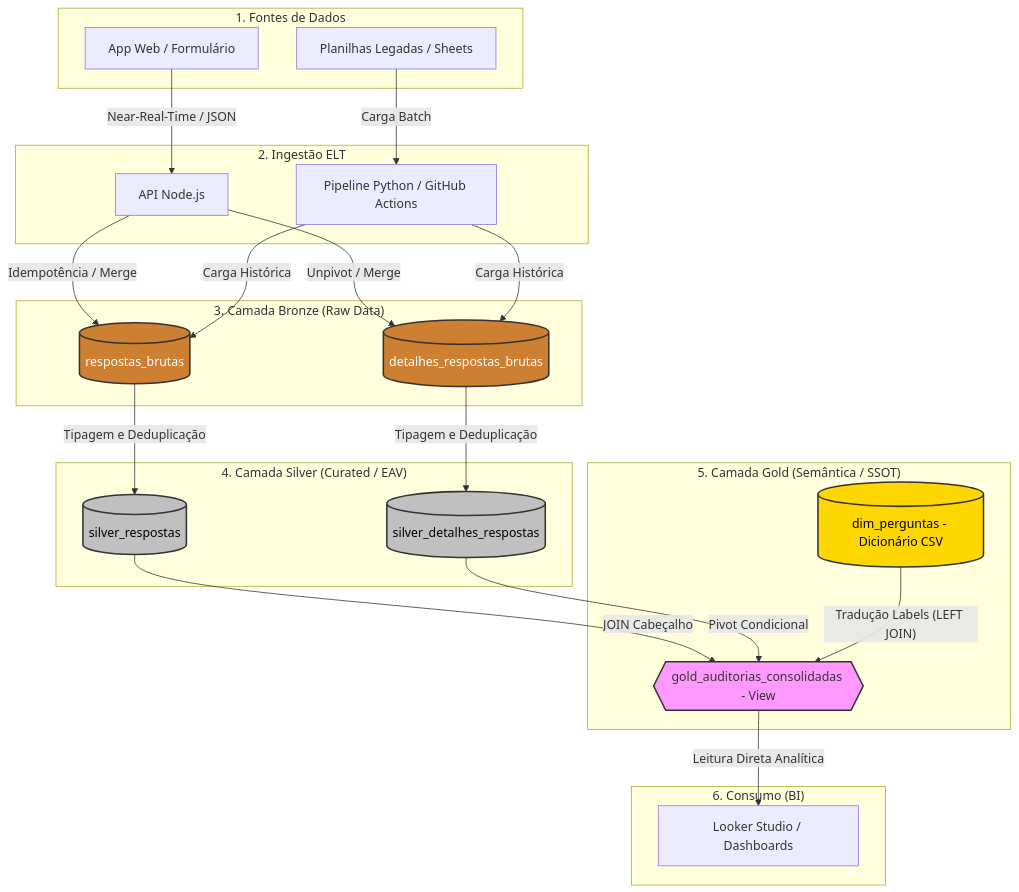
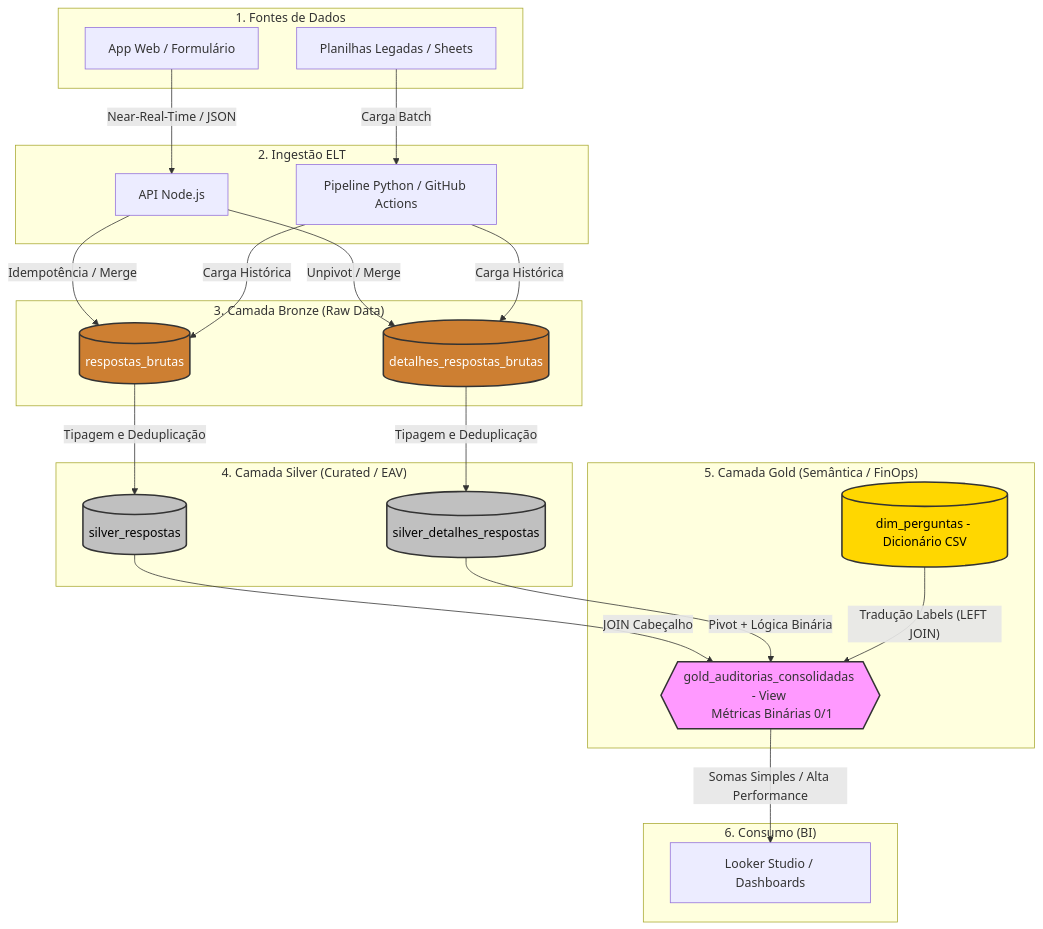
Before and after one commit to qualidadehsr-rgb/auditoria-de-prontuarios: the diagram in README.md, drawn with Mermaid. The commit also changed other lines of this file and 5 other files, not shown here.

````diff
--- a/README.md
+++ b/README.md
@@ -16,60 +16,60 @@
 ```mermaid
 graph TD
     subgraph "1. Fontes de Dados"
         A[App Web / Formulário]
         B[Planilhas Legadas / Sheets]
     end
 
     subgraph "2. Ingestão ELT"
         C[API Node.js]
         D[Pipeline Python / GitHub Actions]
     end
 
     subgraph "3. Camada Bronze (Raw Data)"
         E[(respostas_brutas)]
         F[(detalhes_respostas_brutas)]
     end
 
     subgraph "4. Camada Silver (Curated / EAV)"
         G[(silver_respostas)]
         H[(silver_detalhes_respostas)]
     end
 
-    subgraph "5. Camada Gold (Semântica / SSOT)"
+    subgraph "5. Camada Gold (Semântica / FinOps)"
         I[(dim_perguntas - Dicionário CSV)]
-        J{{gold_auditorias_consolidadas - View}}
+        J{{gold_auditorias_consolidadas - View <br/> Métricas Binárias 0/1}}
     end
 
     subgraph "6. Consumo (BI)"
         K[Looker Studio / Dashboards]
     end
 
     %% Relacionamentos e Fluxos
     A -->|Near-Real-Time / JSON| C
     B -->|Carga Batch| D
     
     C -->|Idempotência / Merge| E
     C -->|Unpivot / Merge| F
     D -->|Carga Histórica| E
     D -->|Carga Histórica| F
     
     E -->|Tipagem e Deduplicação| G
     F -->|Tipagem e Deduplicação| H
     
     G -->|JOIN Cabeçalho| J
-    H -->|Pivot Condicional| J
+    H -->|Pivot + Lógica Binária| J
     I -->|"Tradução Labels (LEFT JOIN)"| J
     
-    J -->|Leitura Direta Analítica| K
-    
+    J -->|Somas Simples / Alta Performance| K
+
     %% Estilização do Diagrama
     classDef bronze fill:#CD7F32,stroke:#333,stroke-width:2px,color:#fff;
     classDef silver fill:#C0C0C0,stroke:#333,stroke-width:2px,color:#000;
     classDef gold fill:#FFD700,stroke:#333,stroke-width:2px,color:#000;
     classDef view fill:#f9f,stroke:#333,stroke-width:2px;
     
     class E,F bronze;
     class G,H silver;
     class I gold;
     class J view;
 ```
````
